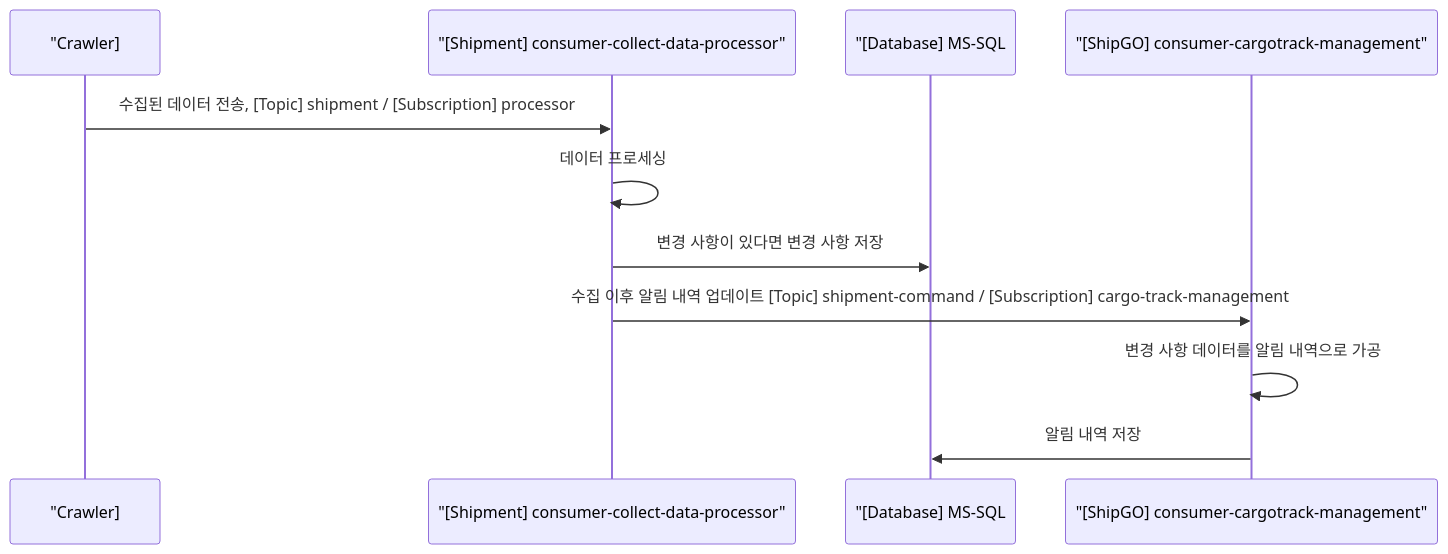
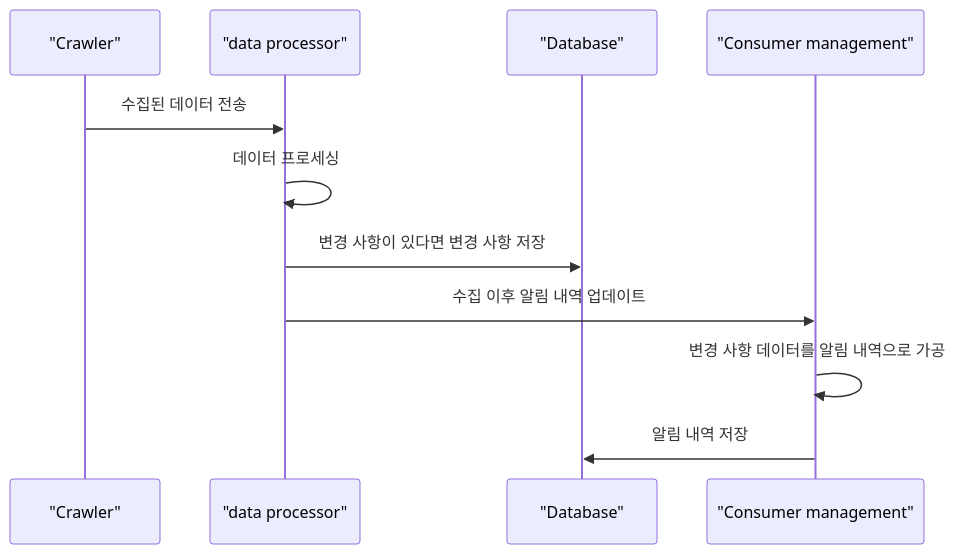
One commit to ysiksik/ysiksik.github.io changed the third of 3 diagrams in _posts/project/logistics/2025-02-27-EstablishmentOfNotificationCenterAndShipmentChangeNotificationSystem.md. Above: the diagram before and after it, drawn with Mermaid. The commit also changed other lines of this file, not shown here.

```diff
--- a/_posts/project/logistics/2025-02-27-EstablishmentOfNotificationCenterAndShipmentChangeNotificationSystem.md
+++ b/_posts/project/logistics/2025-02-27-EstablishmentOfNotificationCenterAndShipmentChangeNotificationSystem.md
@@ -184,15 +184,15 @@
 ~~~mermaid
 
 sequenceDiagram
-    participant A as "Crawler]
-    participant B as "[Shipment] consumer-collect-data-processor"
-    participant C as "[Database] MS-SQL
-    participant D as "[ShipGO] consumer-cargotrack-management"
-    A ->> B : 수집된 데이터 전송, [Topic] shipment / [Subscription] processor
+    participant A as "Crawler"
+    participant B as "data processor"
+    participant C as "Database"
+    participant D as "Consumer management"
+    A ->> B : 수집된 데이터 전송
     B ->> B : 데이터 프로세싱
     B ->> C : 변경 사항이 있다면 변경 사항 저장
-    B ->> D : 수집 이후 알림 내역 업데이트 [Topic] shipment-command / [Subscription] cargo-track-management
+    B ->> D : 수집 이후 알림 내역 업데이트
     D ->> D : 변경 사항 데이터를 알림 내역으로 가공
     D ->> C : 알림 내역 저장
 
 ~~~
```
